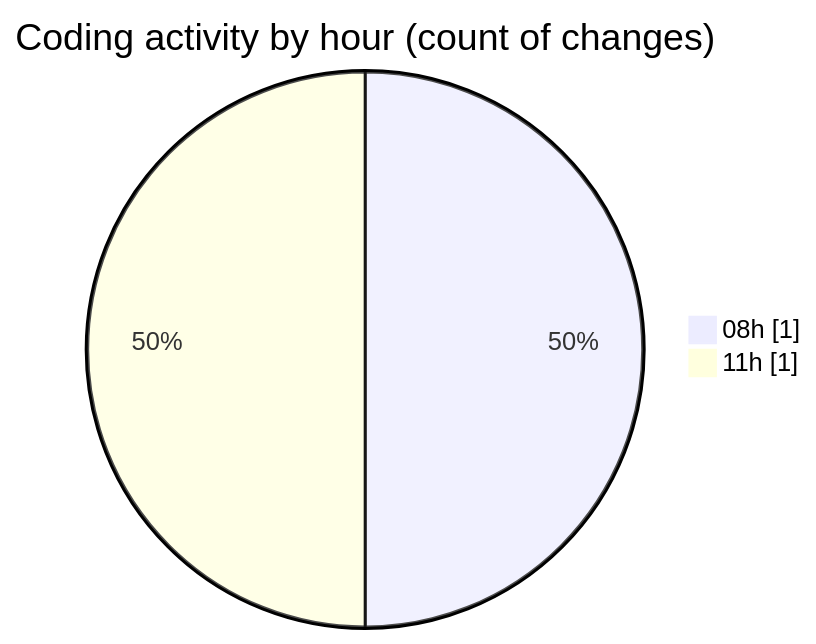
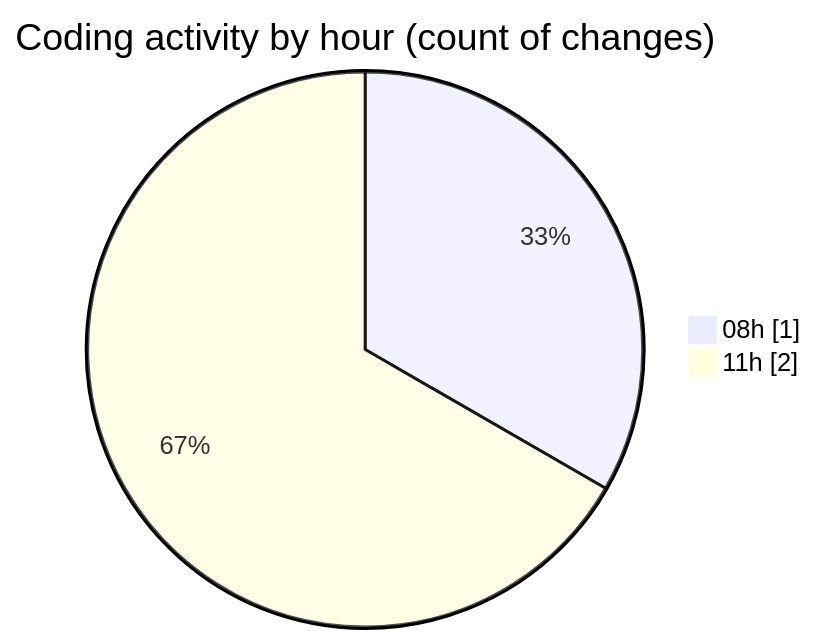
One commit to LanceThiago/code-tracking changed the second of 2 diagrams in 2025-01-15/oficina/README.md. Above: the diagram before and after it, drawn with Mermaid. The commit also changed other lines of this file and 1 other file, not shown here.

````diff
--- a/2025-01-15/oficina/README.md
+++ b/2025-01-15/oficina/README.md
@@ -28,6 +29,6 @@
 ```mermaid
 pie showData
 title Coding activity by hour (count of changes)
 "08h" : 1
-"11h" : 1
+"11h" : 2
 ```
````
